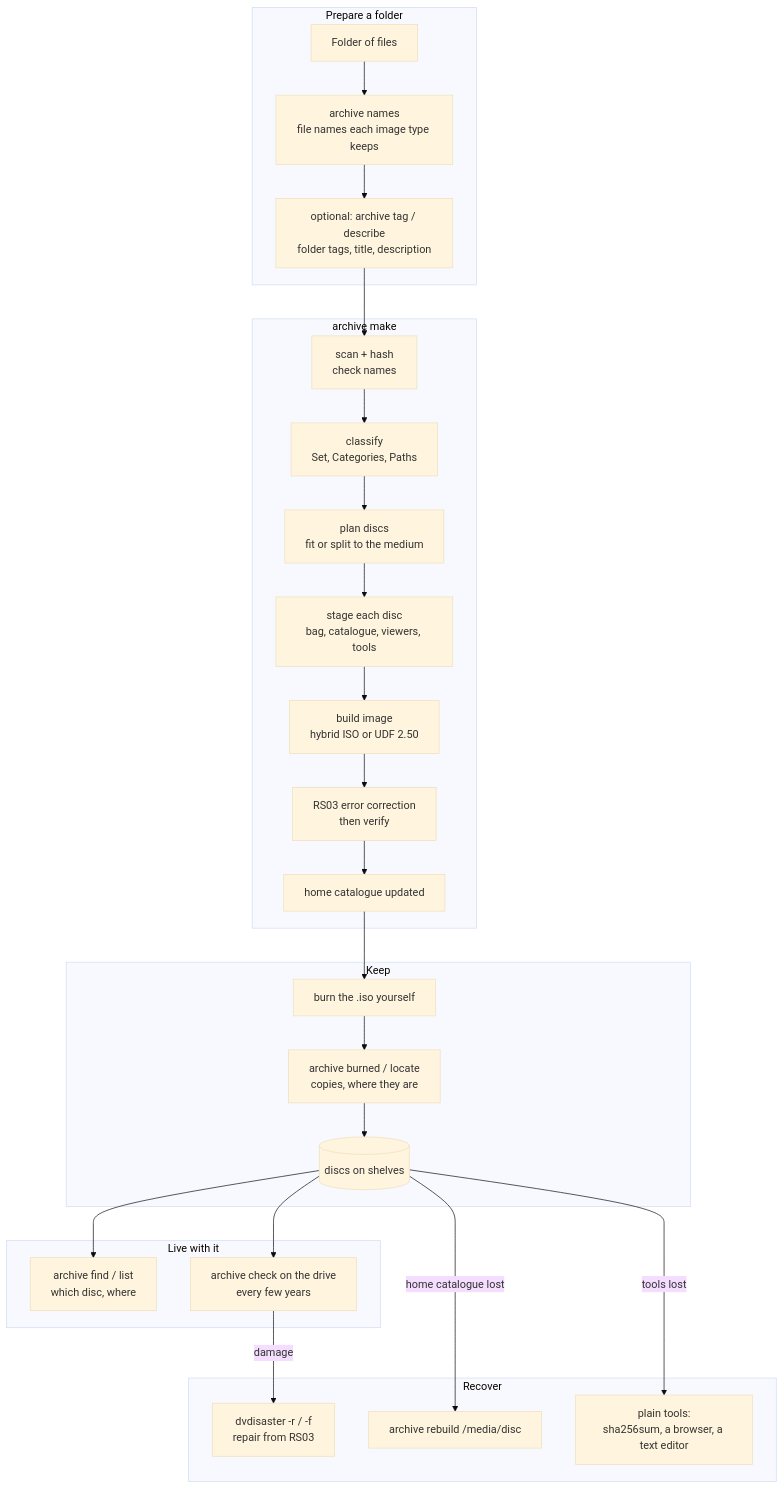
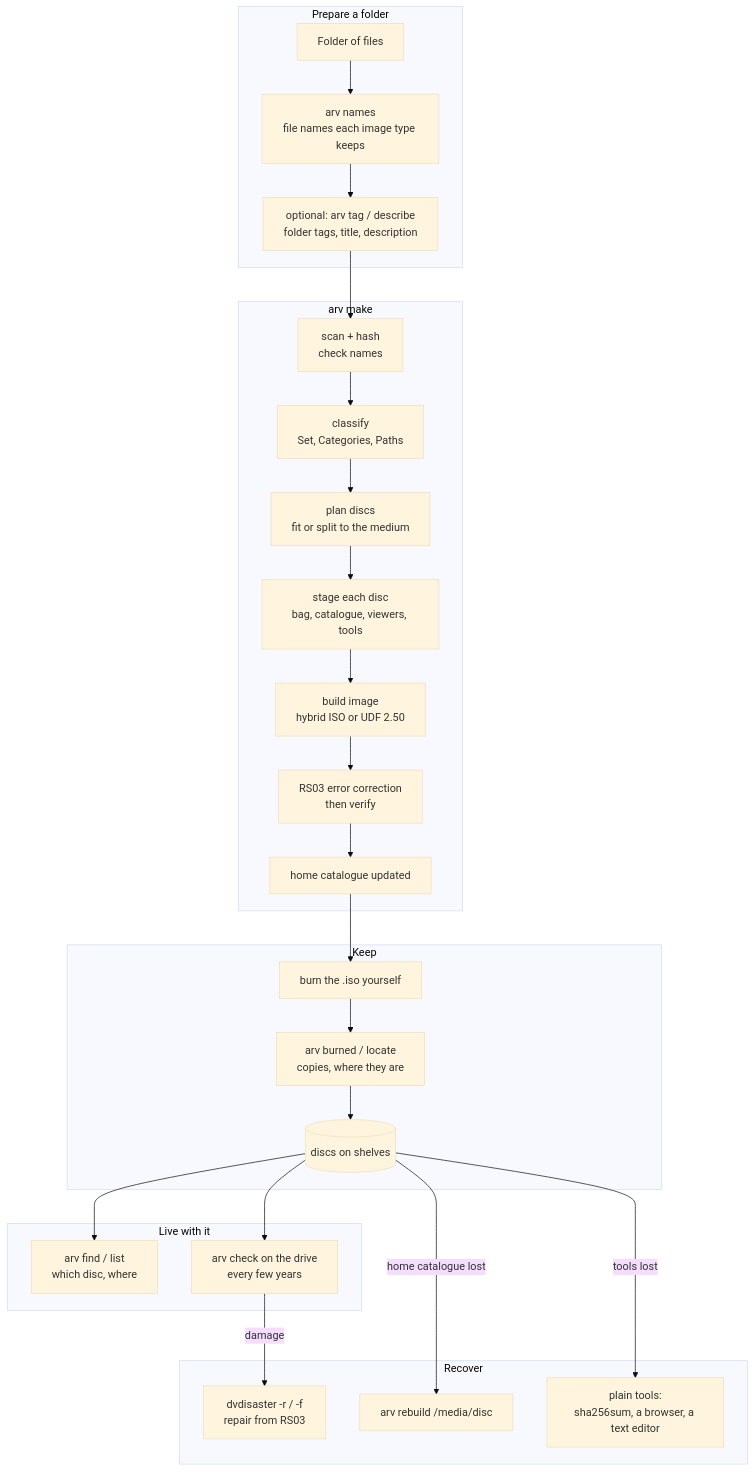
Before and after one commit to mofosyne/arv: the diagram in docs/workflow.md, drawn with Mermaid (base theme). The commit also changed other lines of this file and 28 other files, not shown here.

First line of the commit message:
arv: rename the command, find the home from .arv folders and pointers, make install

````diff
--- a/docs/workflow.md
+++ b/docs/workflow.md
@@ -14,30 +14,30 @@
 ```mermaid
 flowchart TD
     subgraph prepare [Prepare a folder]
-        A[Folder of files] --> N[archive names<br/>file names each image type keeps]
-        N --> T[optional: archive tag / describe<br/>folder tags, title, description]
+        A[Folder of files] --> N[arv names<br/>file names each image type keeps]
+        N --> T[optional: arv tag / describe<br/>folder tags, title, description]
     end
-    subgraph make [archive make]
+    subgraph make [arv make]
         T --> M1[scan + hash<br/>check names]
         M1 --> M2[classify<br/>Set, Categories, Paths]
         M2 --> M3[plan discs<br/>fit or split to the medium]
         M3 --> M4[stage each disc<br/>bag, catalogue, viewers, tools]
         M4 --> M5[build image<br/>hybrid ISO or UDF 2.50]
         M5 --> M6[RS03 error correction<br/>then verify]
         M6 --> M7[home catalogue updated]
     end
     subgraph keep [Keep]
         M7 --> B[burn the .iso yourself]
-        B --> R[archive burned / locate<br/>copies, where they are]
+        B --> R[arv burned / locate<br/>copies, where they are]
         R --> S[(discs on shelves)]
     end
     subgraph live [Live with it]
-        S --> F[archive find / list<br/>which disc, where]
-        S --> C[archive check on the drive<br/>every few years]
+        S --> F[arv find / list<br/>which disc, where]
+        S --> C[arv check on the drive<br/>every few years]
     end
     subgraph recover [Recover]
         C -- damage --> D[dvdisaster -r / -f<br/>repair from RS03]
-        S -- home catalogue lost --> RB[archive rebuild /media/disc]
+        S -- home catalogue lost --> RB[arv rebuild /media/disc]
         S -- tools lost --> P[plain tools:<br/>sha256sum, a browser, a text editor]
     end
 ```
````
